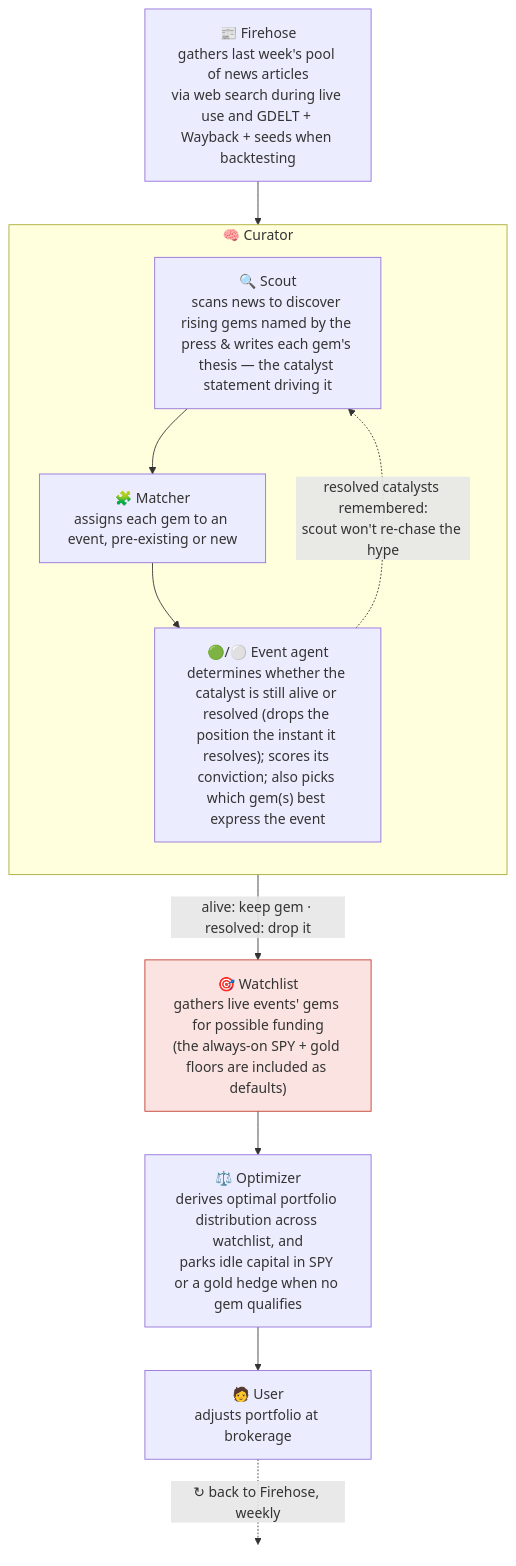
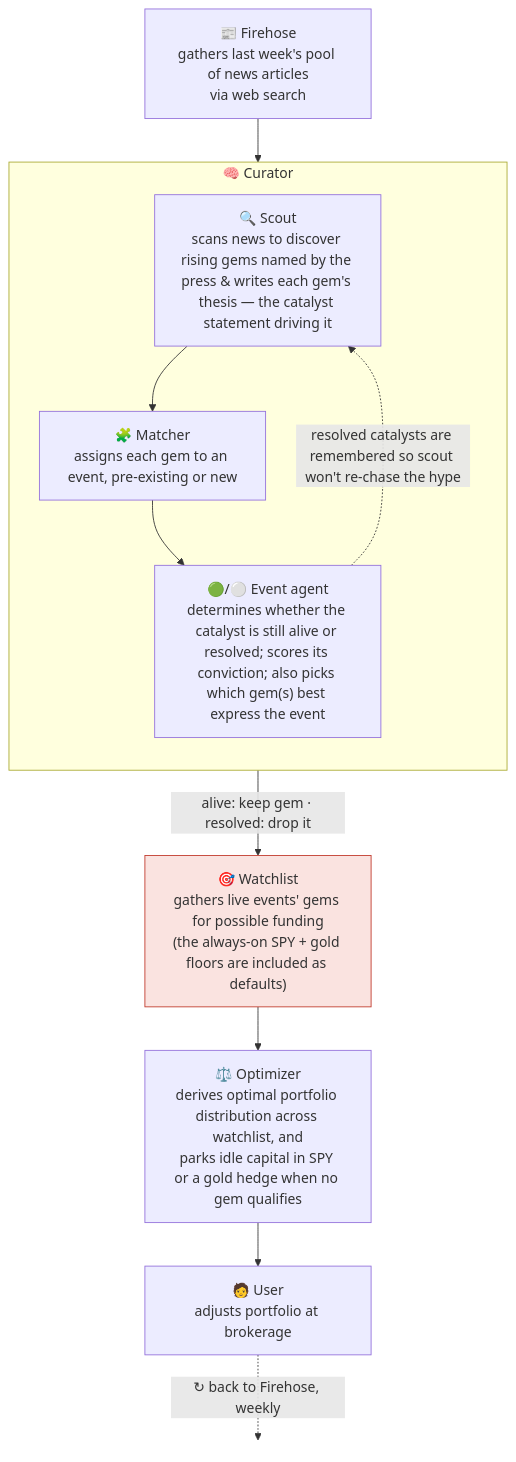
The diagram in README.md (joehahn/geo-herd-rider), drawn with Mermaid before and after one commit.

Commit message:
README diagram: trim Firehose + Event-agent boxes; reword the 'remembered' edge label

````diff
--- a/README.md
+++ b/README.md
@@ -18,26 +18,26 @@
 ```mermaid
 flowchart TD
-    S["📰 Firehose<br/>gathers last week's pool of news articles<br/>via web search during live use and GDELT + Wayback + seeds when backtesting"]
+    S["📰 Firehose<br/>gathers last week's pool of news articles<br/>via web search"]
     S --> SC
 
     subgraph CUR["🧠 Curator"]
       direction TB
       SC["🔍 Scout<br/>scans news to discover rising gems named by the press & writes each gem's thesis — the catalyst statement driving it"]
       MA["🧩 Matcher<br/>assigns each gem to an event, pre-existing or new"]
-      AG["🟢/⚪ Event agent<br/>determines whether the catalyst is still alive or resolved (drops the position the instant it resolves); scores its conviction; also picks which gem(s) best express the event"]
+      AG["🟢/⚪ Event agent<br/>determines whether the catalyst is still alive or resolved; scores its conviction; also picks which gem(s) best express the event"]
       SC --> MA --> AG
     end
 
     E["🎯 Watchlist<br/>gathers live events' gems for possible funding<br/>(the always-on SPY + gold floors are included as defaults)"]
     W["⚖️ Optimizer<br/>derives optimal portfolio distribution across watchlist, and<br/>parks idle capital in SPY or a gold hedge when no gem qualifies"]
     U["🧑 User<br/>adjusts portfolio at brokerage"]
 
     AG -- "alive: keep gem · resolved: drop it" --> E
-    AG -. "resolved catalysts remembered:<br/>scout won't re-chase the hype" .-> SC
+    AG -. "resolved catalysts are remembered so scout won't re-chase the hype" .-> SC
     E --> W --> U
     U -. "↻ back to Firehose, weekly" .-> X(( ))
     style X fill:none,stroke:none
 
     classDef bet fill:#fae3e0,stroke:#c0392b;
     class E bet
 ```
````
